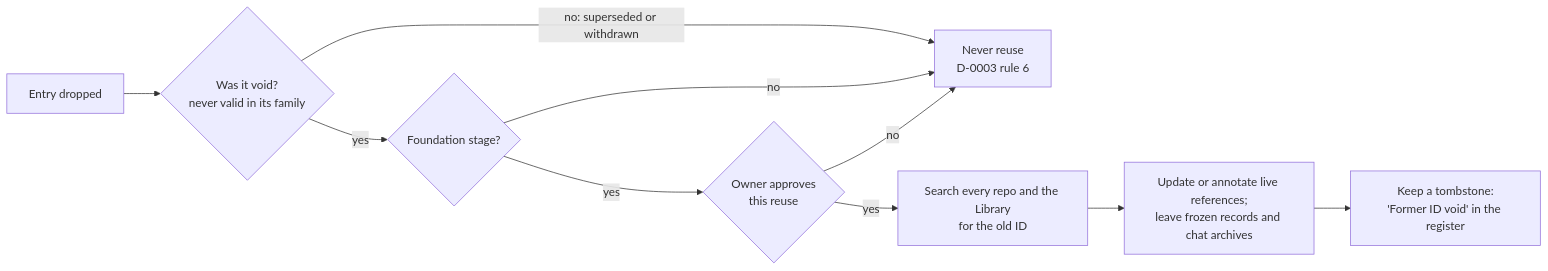
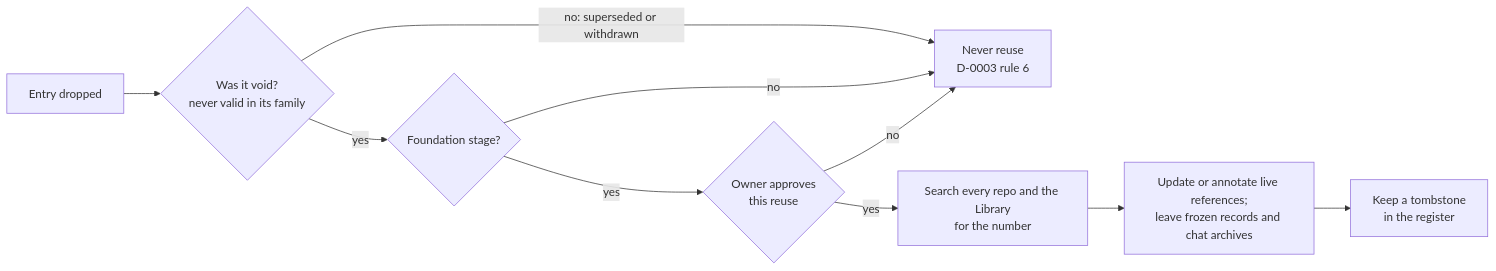
One commit to jonhill90/central-hub changed the diagram in docs/decisions/0004-allow-reuse-of-void-ids-during-foundation.md. Above: the diagram before and after it, drawn with Mermaid. The commit also changed other lines of this file and 59 other files, not shown here.

````diff
--- a/docs/decisions/0004-allow-reuse-of-void-ids-during-foundation.md
+++ b/docs/decisions/0004-allow-reuse-of-void-ids-during-foundation.md
@@ -51,12 +50,12 @@
 ```mermaid
 flowchart LR
   A[Entry dropped] --> B{Was it void?<br/>never valid in its family}
   B -- no: superseded or withdrawn --> N[Never reuse<br/>D-0003 rule 6]
   B -- yes --> C{Foundation stage?}
   C -- no --> N
   C -- yes --> D{Owner approves<br/>this reuse}
   D -- no --> N
-  D -- yes --> E[Search every repo and the Library<br/>for the old ID]
+  D -- yes --> E[Search every repo and the Library<br/>for the number]
   E --> F[Update or annotate live references;<br/>leave frozen records and chat archives]
-  F --> G[Keep a tombstone:<br/>'Former ID void' in the register]
+  F --> G[Keep a tombstone<br/>in the register]
 ```
````
